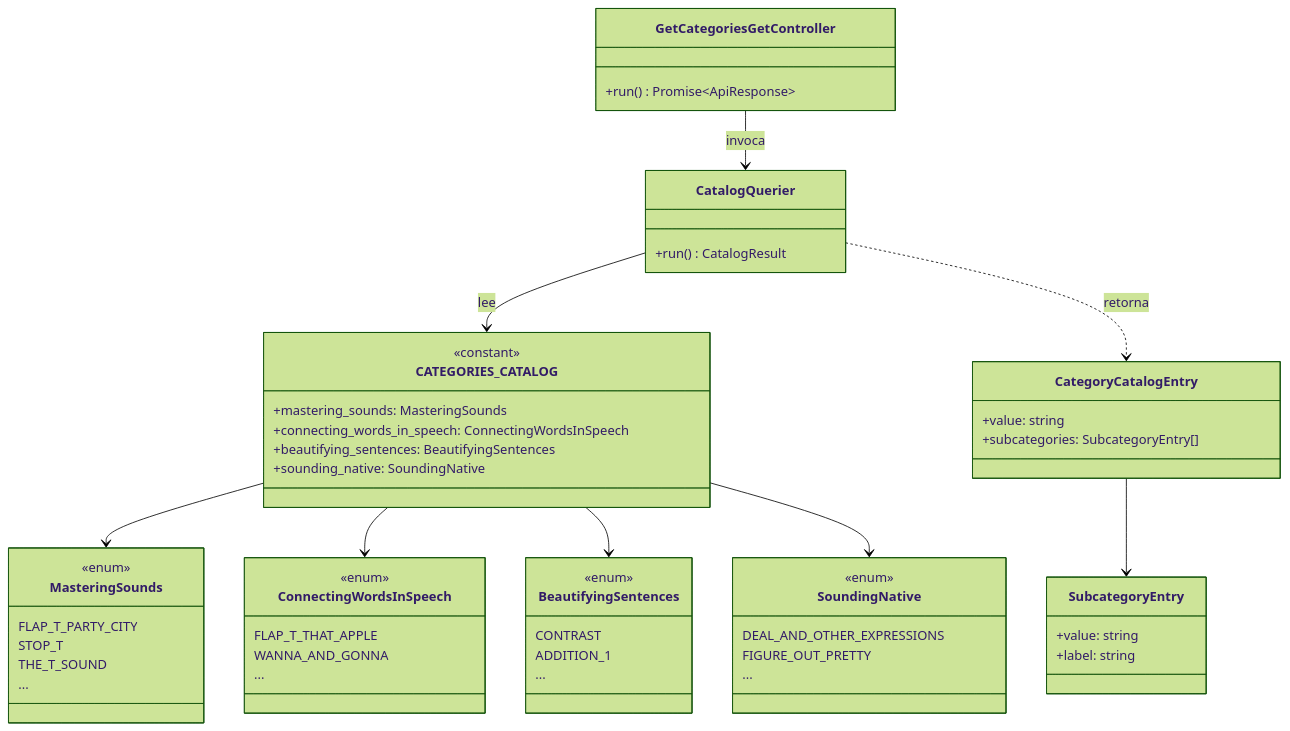
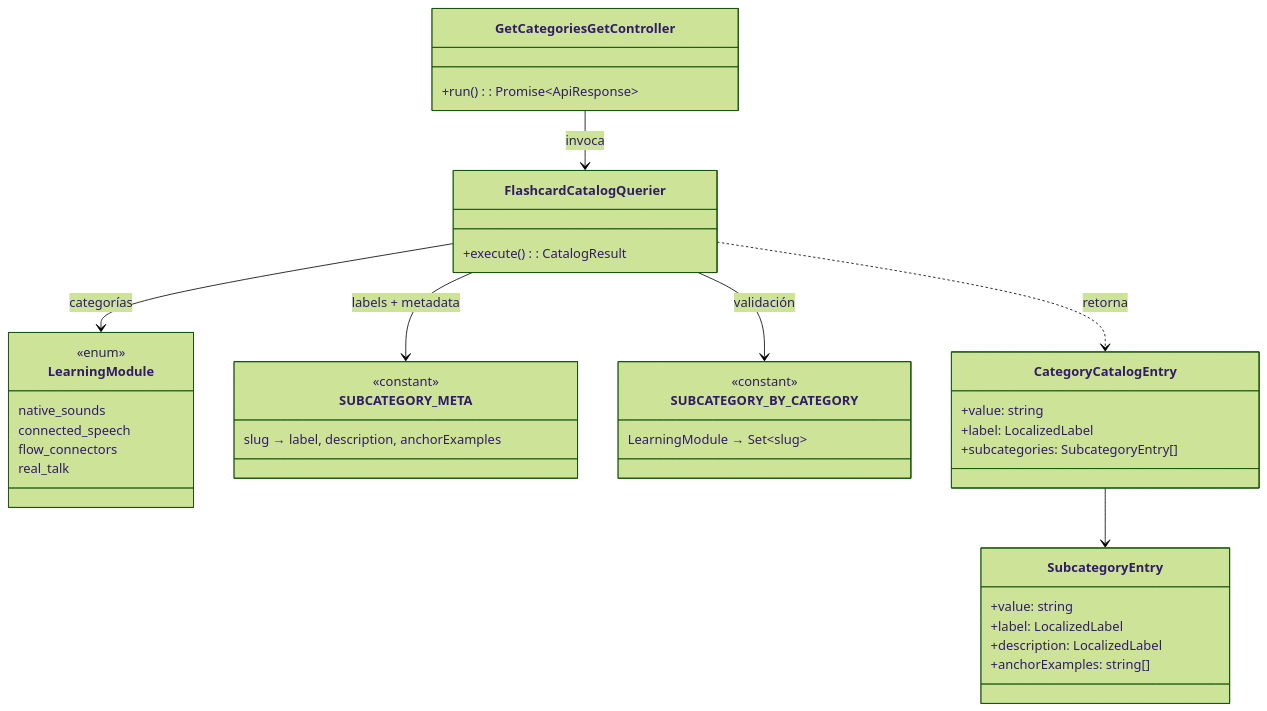
Before and after one commit to AbrahamVilchesDeLaCruz/ididntcatchthat: the diagram in docs/apps/api/content/catalogs/classes.md, drawn with Mermaid (forest theme). The commit also changed 21 other files, not shown here.

First line of the commit message:
docs(content): add unified taxonomy spec, ADR-024 and API diagrams

````diff
--- a/docs/apps/api/content/catalogs/classes.md
+++ b/docs/apps/api/content/catalogs/classes.md
@@ -3,66 +3,48 @@
 ```mermaid
 classDiagram
-    class CatalogQuerier {
-        +run() CatalogResult
+    class FlashcardCatalogQuerier {
+        +execute(): CatalogResult
     }
 
-    class CATEGORIES_CATALOG {
-        <<constant>>
-        +mastering_sounds: MasteringSounds
-        +connecting_words_in_speech: ConnectingWordsInSpeech
-        +beautifying_sentences: BeautifyingSentences
-        +sounding_native: SoundingNative
+    class LearningModule {
+        <<enum>>
+        native_sounds
+        connected_speech
+        flow_connectors
+        real_talk
     }
 
-    class MasteringSounds {
-        <<enum>>
-        FLAP_T_PARTY_CITY
-        STOP_T
-        THE_T_SOUND
-        ...
+    class SUBCATEGORY_META {
+        <<constant>>
+        slug → label, description, anchorExamples
     }
 
-    class ConnectingWordsInSpeech {
-        <<enum>>
-        FLAP_T_THAT_APPLE
-        WANNA_AND_GONNA
-        ...
-    }
-
-    class BeautifyingSentences {
-        <<enum>>
-        CONTRAST
-        ADDITION_1
-        ...
-    }
-
-    class SoundingNative {
-        <<enum>>
-        DEAL_AND_OTHER_EXPRESSIONS
-        FIGURE_OUT_PRETTY
-        ...
+    class SUBCATEGORY_BY_CATEGORY {
+        <<constant>>
+        LearningModule → Set~slug~
     }
 
     class GetCategoriesGetController {
-        +run() Promise~ApiResponse~
+        +run(): Promise~ApiResponse~
     }
 
     class CategoryCatalogEntry {
         +value: string
+        +label: LocalizedLabel
         +subcategories: SubcategoryEntry[]
     }
 
     class SubcategoryEntry {
         +value: string
-        +label: string
+        +label: LocalizedLabel
+        +description: LocalizedLabel
+        +anchorExamples: string[]
     }
 
-    GetCategoriesGetController --> CatalogQuerier : invoca
-    CatalogQuerier --> CATEGORIES_CATALOG : lee
-    CATEGORIES_CATALOG --> MasteringSounds
-    CATEGORIES_CATALOG --> ConnectingWordsInSpeech
-    CATEGORIES_CATALOG --> BeautifyingSentences
-    CATEGORIES_CATALOG --> SoundingNative
-    CatalogQuerier ..> CategoryCatalogEntry : retorna
+    GetCategoriesGetController --> FlashcardCatalogQuerier : invoca
+    FlashcardCatalogQuerier --> LearningModule : categorías
+    FlashcardCatalogQuerier --> SUBCATEGORY_META : labels + metadata
+    FlashcardCatalogQuerier --> SUBCATEGORY_BY_CATEGORY : validación
+    FlashcardCatalogQuerier ..> CategoryCatalogEntry : retorna
     CategoryCatalogEntry --> SubcategoryEntry
 ```
````
